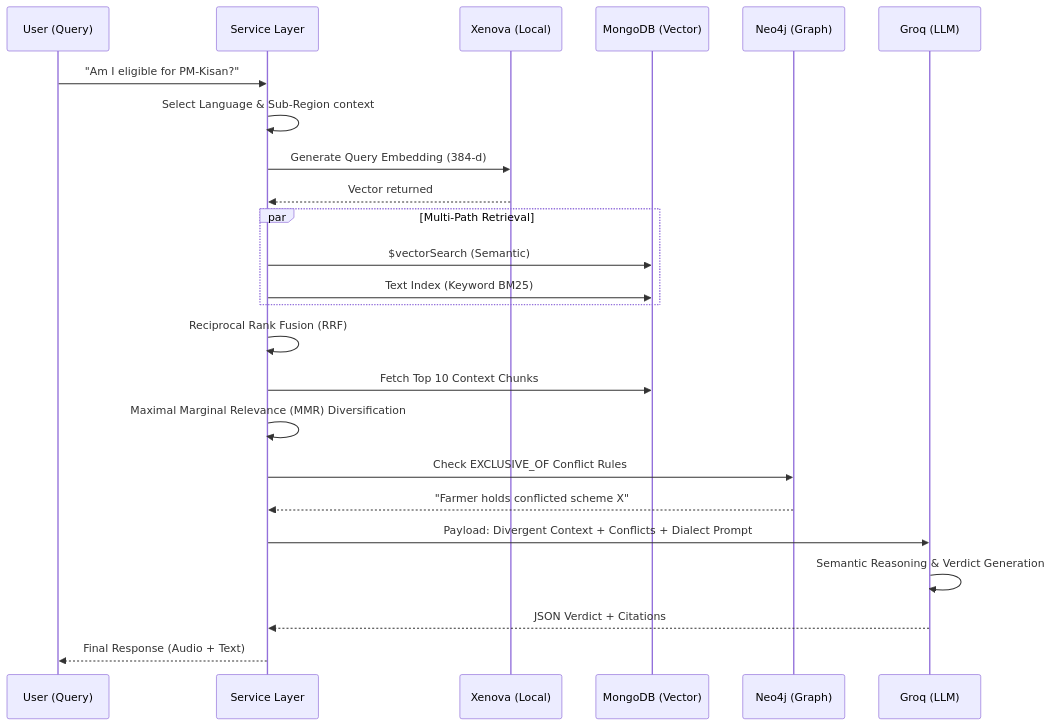
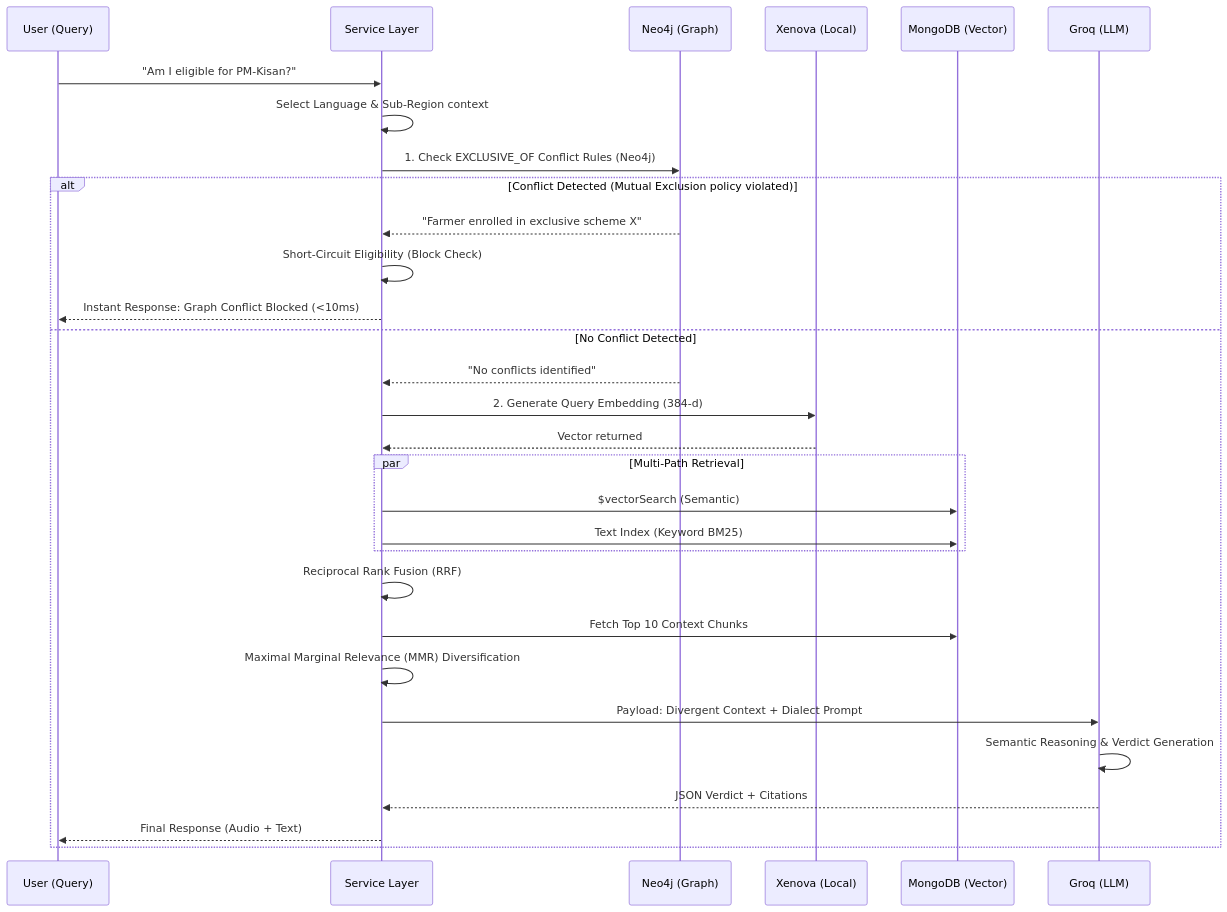
One commit to abhay-patil-cse27/agri-scheme-eligibility-rag changed the third of 5 diagrams in docs/ARCHITECTURE.md. Above: the diagram before and after it, drawn with Mermaid. The commit also changed 6 other files, not shown here.

Commit message:
feat: implement high-performance Neo4j graph conflict checker & short-circuit engine, optimize frontend warning UI, fix mongoose validation, and update system sequence docs

````diff
--- a/docs/ARCHITECTURE.md
+++ b/docs/ARCHITECTURE.md
@@ -209,32 +209,38 @@
 ```mermaid
 sequenceDiagram
     participant U as User (Query)
     participant S as Service Layer
+    participant G as Neo4j (Graph)
     participant X as Xenova (Local)
     participant D as MongoDB (Vector)
-    participant G as Neo4j (Graph)
     participant L as Groq (LLM)
     
     U->>S: "Am I eligible for PM-Kisan?"
     S->>S: Select Language & Sub-Region context
-    S->>X: Generate Query Embedding (384-d)
-    X-->>S: Vector returned
     
-    par Multi-Path Retrieval
-        S->>D: $vectorSearch (Semantic)
-        S->>D: Text Index (Keyword BM25)
+    S->>G: 1. Check EXCLUSIVE_OF Conflict Rules (Neo4j)
+    alt Conflict Detected (Mutual Exclusion policy violated)
+        G-->>S: "Farmer enrolled in exclusive scheme X"
+        S->>S: Short-Circuit Eligibility (Block Check)
+        S-->>U: Instant Response: Graph Conflict Blocked (<10ms)
+    else No Conflict Detected
+        G-->>S: "No conflicts identified"
+        S->>X: 2. Generate Query Embedding (384-d)
+        X-->>S: Vector returned
+        
+        par Multi-Path Retrieval
+            S->>D: $vectorSearch (Semantic)
+            S->>D: Text Index (Keyword BM25)
+        end
+        
+        S->>S: Reciprocal Rank Fusion (RRF)
+        S->>D: Fetch Top 10 Context Chunks
+        S->>S: Maximal Marginal Relevance (MMR) Diversification
+        
+        S->>L: Payload: Divergent Context + Dialect Prompt
+        L->>L: Semantic Reasoning & Verdict Generation
+        L-->>S: JSON Verdict + Citations
+        
+        S-->>U: Final Response (Audio + Text)
     end
-    
-    S->>S: Reciprocal Rank Fusion (RRF)
-    S->>D: Fetch Top 10 Context Chunks
-    S->>S: Maximal Marginal Relevance (MMR) Diversification
-    
-    S->>G: Check EXCLUSIVE_OF Conflict Rules
-    G-->>S: "Farmer holds conflicted scheme X"
-    
-    S->>L: Payload: Divergent Context + Conflicts + Dialect Prompt
-    L->>L: Semantic Reasoning & Verdict Generation
-    L-->>S: JSON Verdict + Citations
-    
-    S-->>U: Final Response (Audio + Text)
 ```
````
